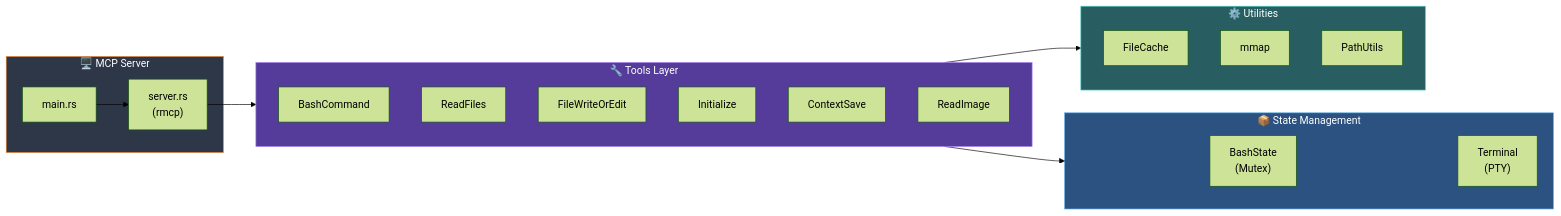
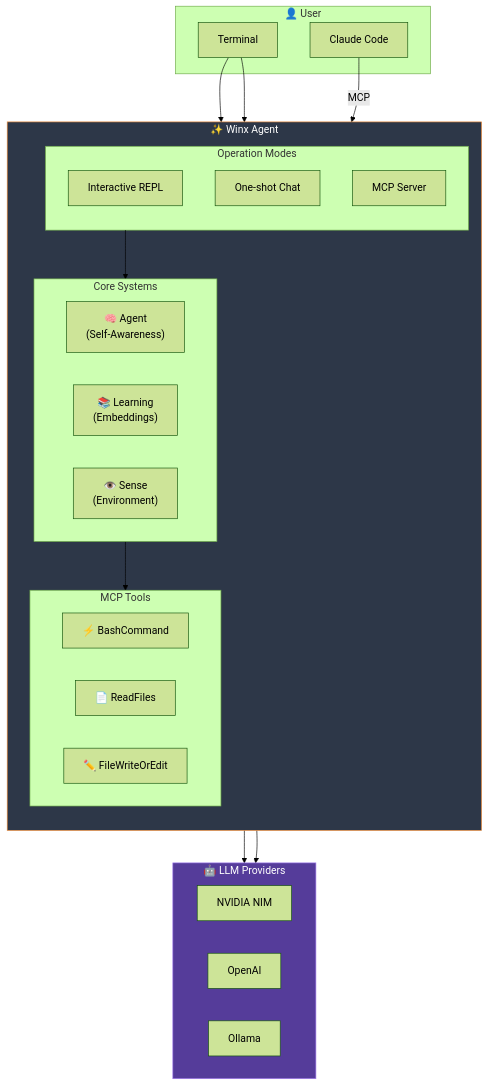
The diagram in README.md (gabrielmaialva33/winx-code-agent), drawn with Mermaid (forest theme) before and after one commit. The commit also changed other lines of this file and 40 other files, not shown here.

First line of the commit message:
feat: add interactive REPL, agent self-awareness, and learning system

````diff
--- a/README.md
+++ b/README.md
@@ -212,38 +236,43 @@
 ```mermaid
-graph LR
-    subgraph Server["🖥️ MCP Server"]
-        main["main.rs"]
-        server["server.rs<br/>(rmcp)"]
+flowchart TB
+    subgraph User["👤 User"]
+        cli["Terminal"]
+        claude["Claude Code"]
     end
 
-    subgraph Tools["🔧 Tools Layer"]
-        bash["BashCommand"]
-        files["ReadFiles"]
-        write["FileWriteOrEdit"]
-        init["Initialize"]
-        ctx["ContextSave"]
-        img["ReadImage"]
+    subgraph Winx["✨ Winx Agent"]
+        direction TB
+        subgraph Modes["Operation Modes"]
+            repl["Interactive REPL"]
+            chat["One-shot Chat"]
+            mcp["MCP Server"]
+        end
+        subgraph Core["Core Systems"]
+            agent["🧠 Agent<br/>(Self-Awareness)"]
+            learn["📚 Learning<br/>(Embeddings)"]
+            sense["👁️ Sense<br/>(Environment)"]
+        end
+        subgraph Tools["MCP Tools"]
+            bash["⚡ BashCommand"]
+            files["📄 ReadFiles"]
+            write["✏️ FileWriteOrEdit"]
+        end
     end
 
-    subgraph State["📦 State Management"]
-        bstate["BashState<br/>(Mutex)"]
-        term["Terminal<br/>(PTY)"]
+    subgraph Providers["🤖 LLM Providers"]
+        nvidia["NVIDIA NIM"]
+        openai["OpenAI"]
+        ollama["Ollama"]
     end
 
-    subgraph Utils["⚙️ Utilities"]
-        cache["FileCache"]
-        mmap["mmap"]
-        path["PathUtils"]
-    end
+    cli --> repl
+    cli --> chat
+    claude -->|MCP| mcp
+    Modes --> Core
+    Core --> Tools
+    repl --> Providers
+    chat --> Providers
 
-    main --> server
-    server --> Tools
-    Tools --> State
-    Tools --> Utils
-    State --> term
-
-    style Server fill:#2d3748,stroke:#ed8936,color:#fff
-    style Tools fill:#553c9a,stroke:#9f7aea,color:#fff
-    style State fill:#2c5282,stroke:#63b3ed,color:#fff
-    style Utils fill:#285e61,stroke:#4fd1c5,color:#fff
+    style Winx fill:#2d3748,stroke:#ed8936,color:#fff
+    style Providers fill:#553c9a,stroke:#9f7aea,color:#fff
 ```
````
